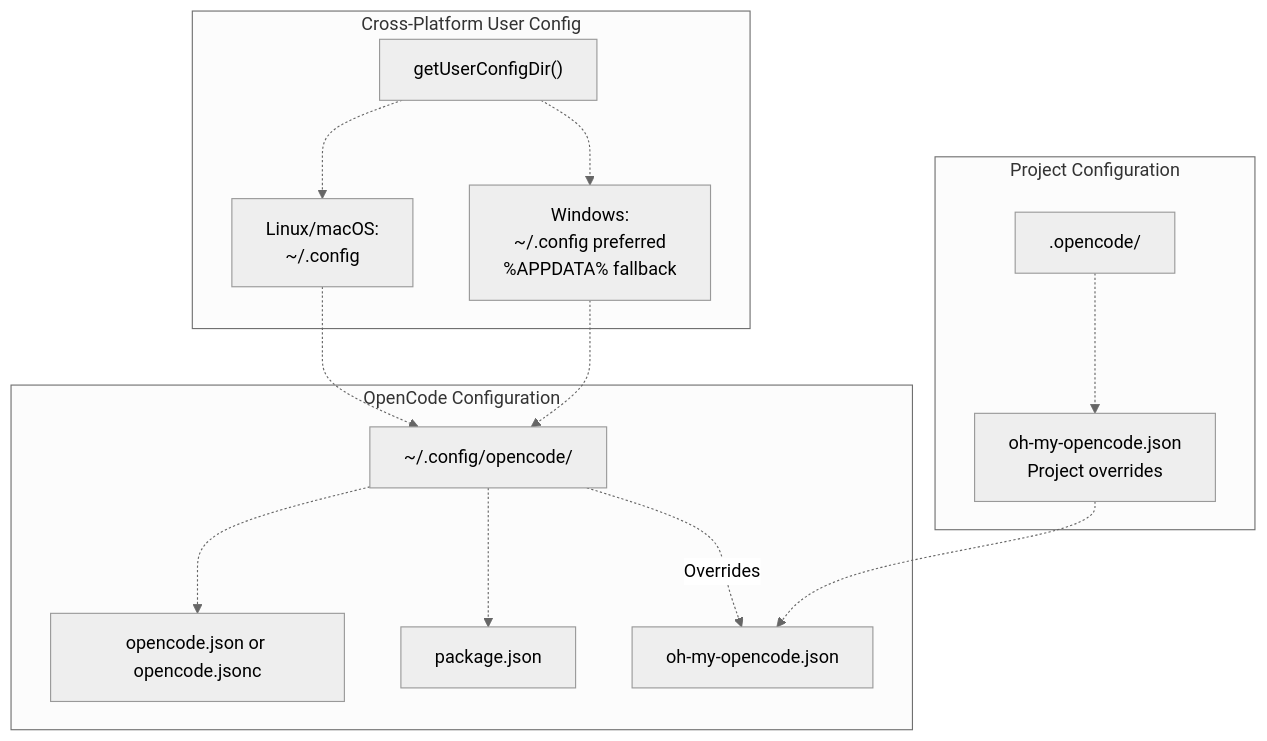
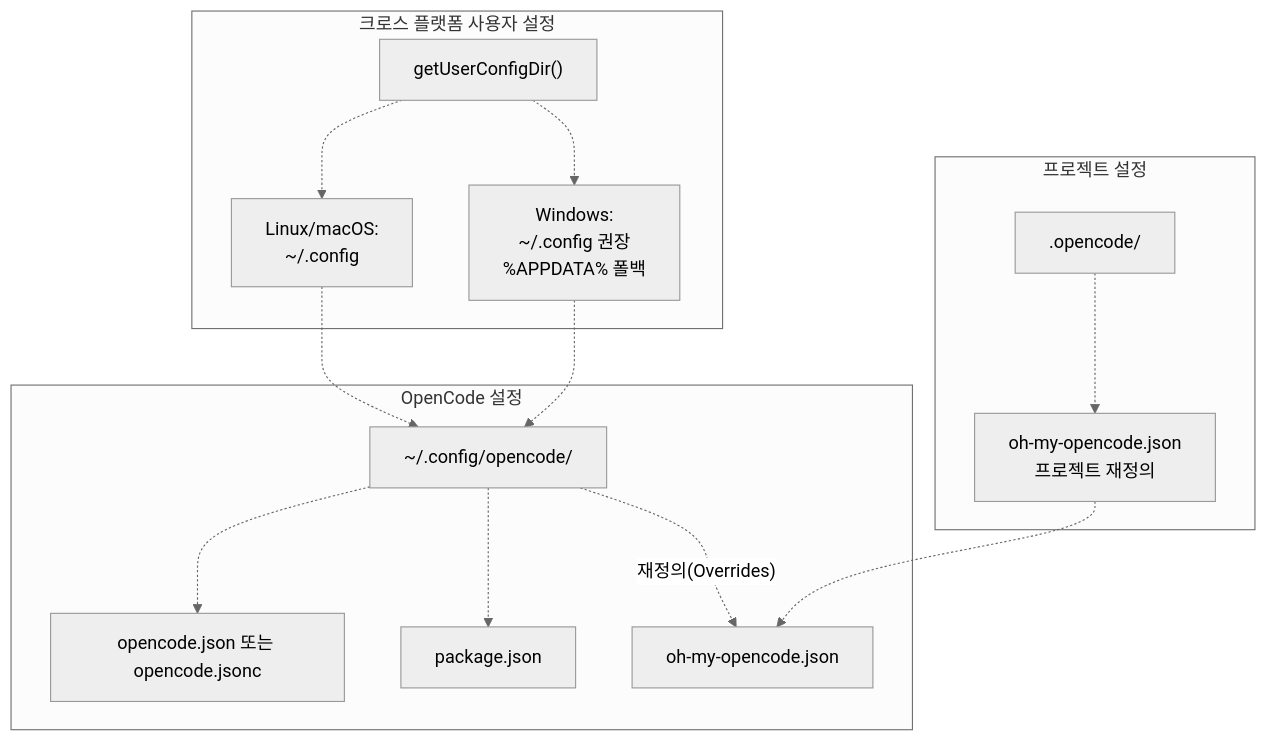
Before and after one commit to felipetruman/oh-my-opencode-docs: the fifth of 5 diagrams in docs/getting-started/authentication-setup.md, drawn with Mermaid (neutral theme). The commit also changed other lines of this file and 76 other files, not shown here.

````diff
--- a/docs/getting-started/authentication-setup.md
+++ b/docs/getting-started/authentication-setup.md
@@ -427,41 +423,41 @@
 ```mermaid
 flowchart TD
 
 ConfigDir["getUserConfigDir()"]
 UnixPath["Linux/macOS:<br>~/.config"]
-WindowsPath["Windows:<br>~/.config preferred<br>%APPDATA% fallback"]
+WindowsPath["Windows:<br>~/.config 권장<br>%APPDATA% 폴백"]
 OpenCodeDir["~/.config/opencode/"]
-OpenCodeJSON["opencode.json or opencode.jsonc"]
+OpenCodeJSON["opencode.json 또는 opencode.jsonc"]
 PackageJSON["package.json"]
 OmoJSON["oh-my-opencode.json"]
 ProjectDir[".opencode/"]
-ProjectOmoJSON["oh-my-opencode.json<br>Project overrides"]
+ProjectOmoJSON["oh-my-opencode.json<br>프로젝트 재정의"]
 
 UnixPath -.-> OpenCodeDir
 WindowsPath -.-> OpenCodeDir
 ProjectOmoJSON -.-> OmoJSON
 
-subgraph subGraph2 ["Project Configuration"]
+subgraph subGraph2 ["프로젝트 설정"]
     ProjectDir
     ProjectOmoJSON
     ProjectDir -.-> ProjectOmoJSON
 end
 
-subgraph subGraph1 ["OpenCode Configuration"]
+subgraph subGraph1 ["OpenCode 설정"]
     OpenCodeDir
     OpenCodeJSON
     PackageJSON
     OmoJSON
     OpenCodeDir -.-> OpenCodeJSON
     OpenCodeDir -.-> PackageJSON
-    OpenCodeDir -.->|"Overrides"| OmoJSON
+    OpenCodeDir -.->|"재정의(Overrides)"| OmoJSON
 end
 
-subgraph subGraph0 ["Cross-Platform User Config"]
+subgraph subGraph0 ["크로스 플랫폼 사용자 설정"]
     ConfigDir
     UnixPath
     WindowsPath
     ConfigDir -.-> UnixPath
     ConfigDir -.-> WindowsPath
 end
 ```
````
